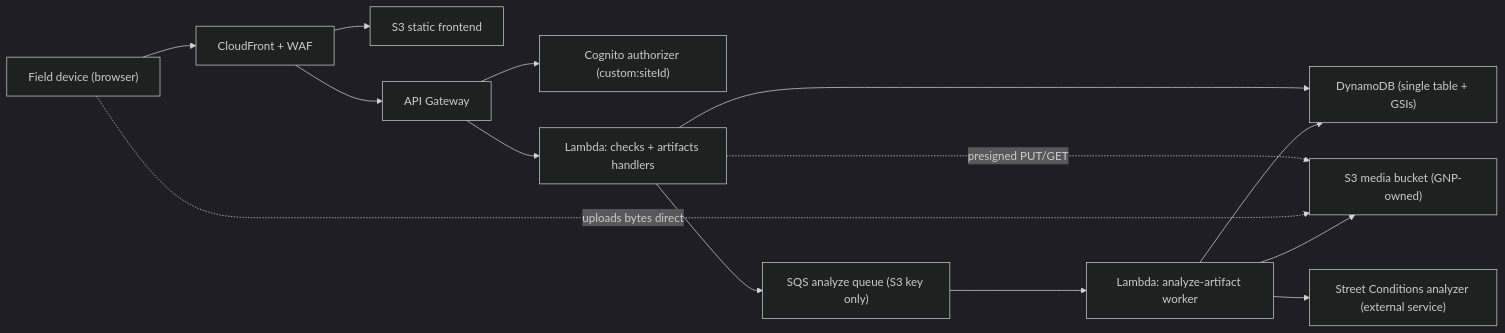
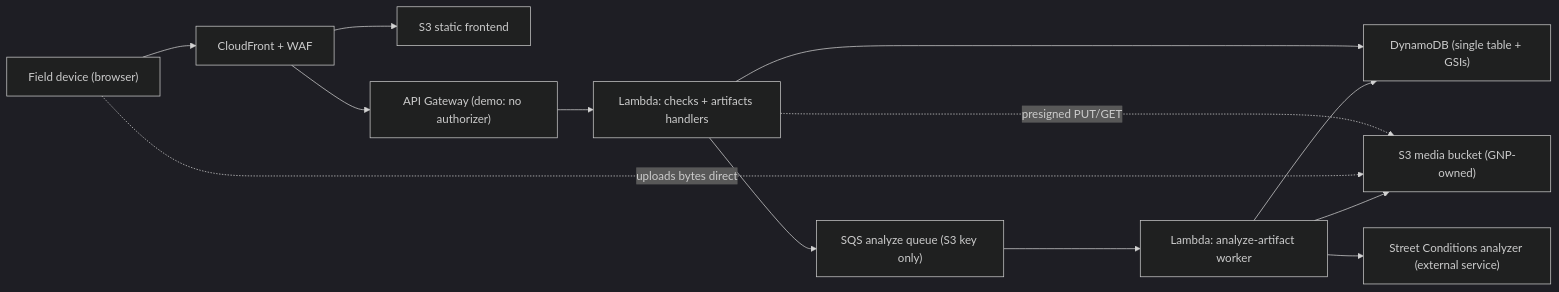
One commit to Mayor-s-Office-of-Innovation/good-neighbor-app changed the first of 2 diagrams in docs/architecture.md. Above: the diagram before and after it, drawn with Mermaid (dark theme). The commit also changed other lines of this file and 5 other files, not shown here.

````diff
--- a/docs/architecture.md
+++ b/docs/architecture.md
@@ -5,16 +5,15 @@
 ```mermaid
 flowchart LR
   user["Field device (browser)"] --> cloudfront["CloudFront + WAF"]
   cloudfront --> frontend["S3 static frontend"]
-  cloudfront --> api["API Gateway"]
-  api --> cognito["Cognito authorizer (custom:siteId)"]
+  cloudfront --> api["API Gateway (demo: no authorizer)"]
   api --> checks["Lambda: checks + artifacts handlers"]
   checks --> dynamodb["DynamoDB (single table + GSIs)"]
   checks -. presigned PUT/GET .-> media["S3 media bucket (GNP-owned)"]
   user -. uploads bytes direct .-> media
   checks --> sqs["SQS analyze queue (S3 key only)"]
   sqs --> worker["Lambda: analyze-artifact worker"]
   worker --> media
   worker --> dynamodb
   worker --> analyzer["Street Conditions analyzer (external service)"]
 ```
````
